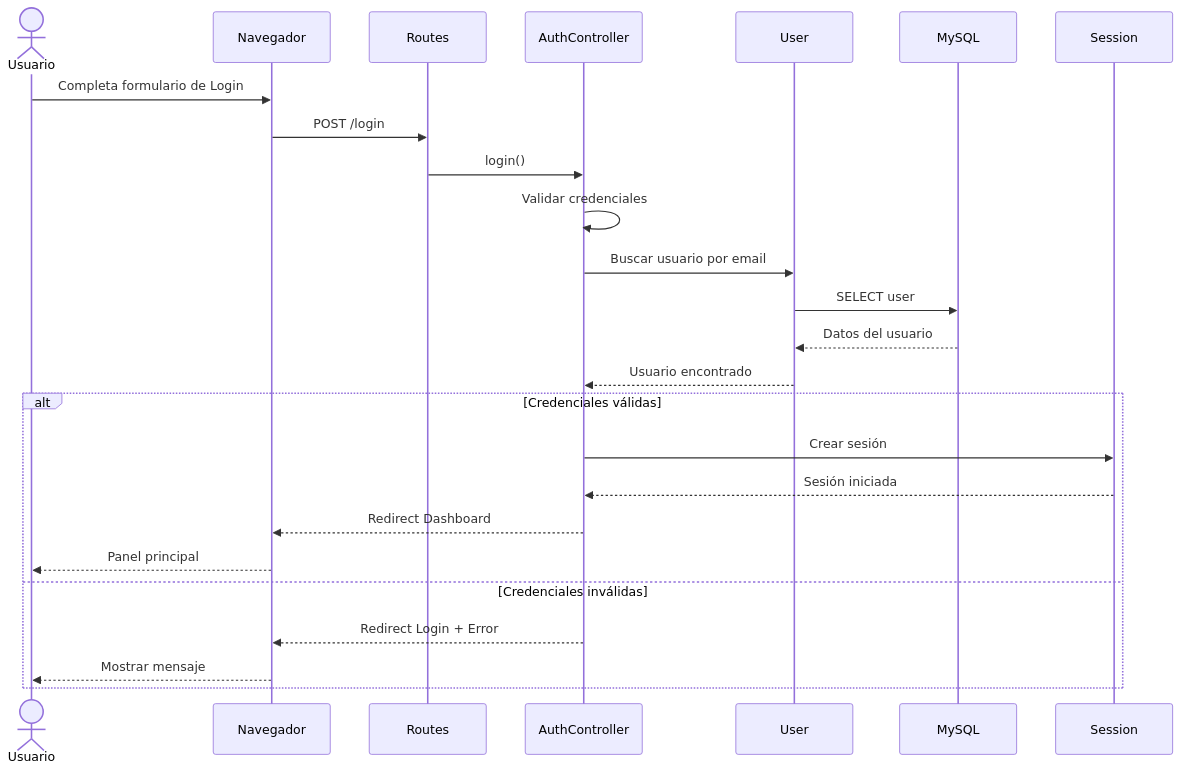
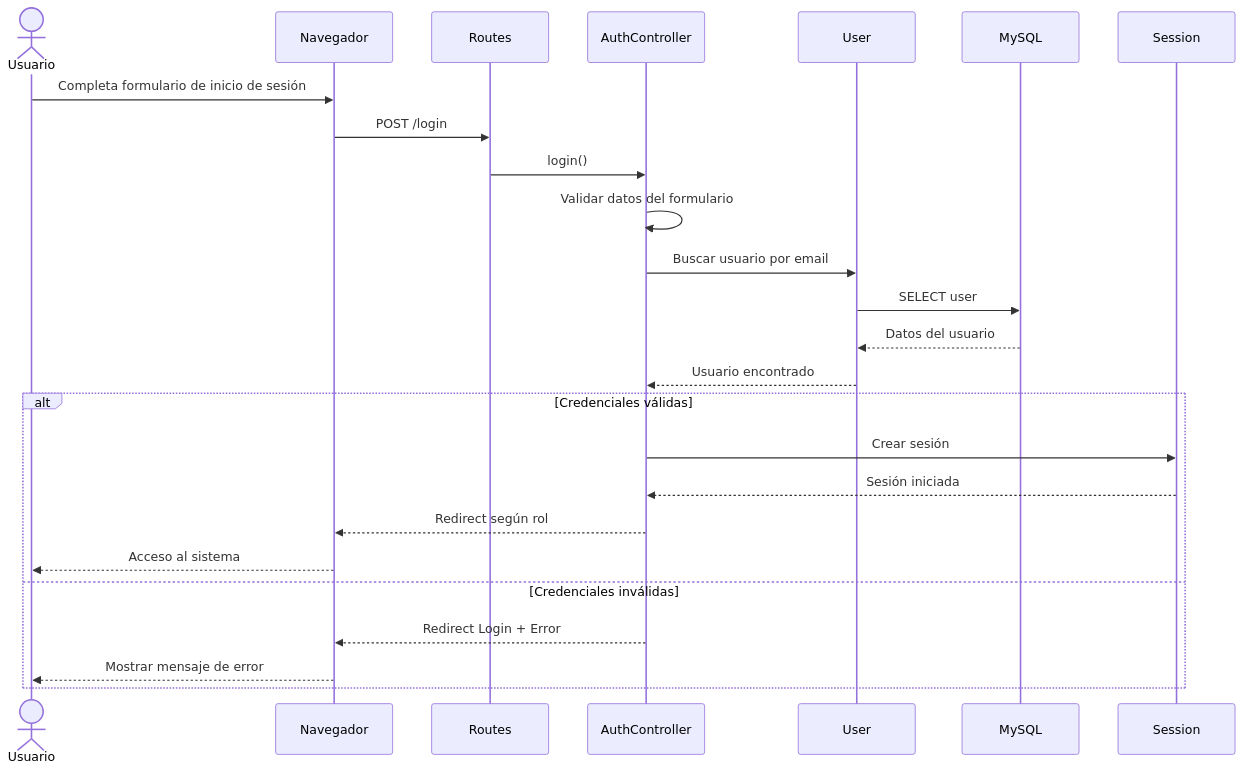
Before and after one commit to facusoster/FinalProdWebLaravel: the diagram in docs/diagramas/22_UML_SecuenciaLogin.md, drawn with Mermaid. The commit also changed other lines of this file and 24 other files, not shown here.

Commit message:
Actualización completa de documentación y diagramas

````diff
--- a/docs/diagramas/22_UML_SecuenciaLogin.md
+++ b/docs/diagramas/22_UML_SecuenciaLogin.md
@@ -22,46 +22,46 @@
 ```mermaid
 sequenceDiagram
 
 actor Usuario
 
 participant Navegador
 participant Routes
 participant AuthController
 participant User
 participant MySQL
 participant Session
 
-Usuario->>Navegador: Completa formulario de Login
+Usuario->>Navegador: Completa formulario de inicio de sesión
 
 Navegador->>Routes: POST /login
 
 Routes->>AuthController: login()
 
-AuthController->>AuthController: Validar credenciales
+AuthController->>AuthController: Validar datos del formulario
 
 AuthController->>User: Buscar usuario por email
 
 User->>MySQL: SELECT user
 
 MySQL-->>User: Datos del usuario
 
 User-->>AuthController: Usuario encontrado
 
 alt Credenciales válidas
 
     AuthController->>Session: Crear sesión
 
     Session-->>AuthController: Sesión iniciada
 
-    AuthController-->>Navegador: Redirect Dashboard
+    AuthController-->>Navegador: Redirect según rol
 
-    Navegador-->>Usuario: Panel principal
+    Navegador-->>Usuario: Acceso al sistema
 
 else Credenciales inválidas
 
     AuthController-->>Navegador: Redirect Login + Error
 
-    Navegador-->>Usuario: Mostrar mensaje
+    Navegador-->>Usuario: Mostrar mensaje de error
 
 end
 ```
````
